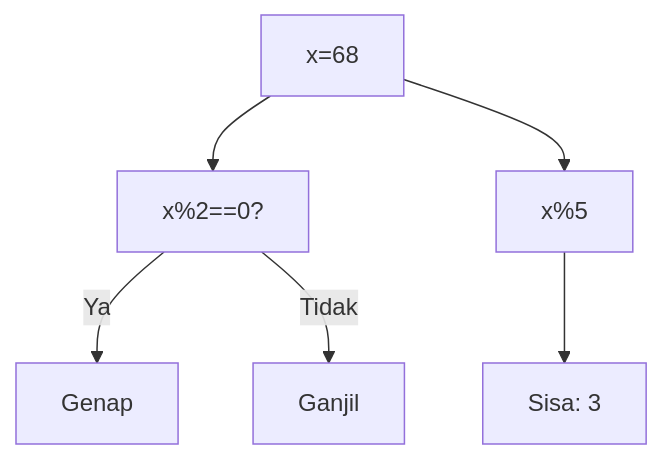
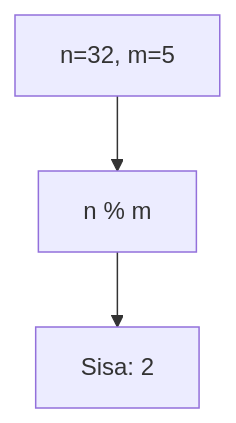
One commit to amnahwaida/OSNK_INF_PREP changed diagram 16 of 25 in part-c-pemahaman-cpp/01-tipe-data/latihan/set-01.md. Above: the diagram before and after it, drawn with Mermaid. The commit also changed other lines of this file and 71 other files, not shown here.

````diff
--- a/part-c-pemahaman-cpp/01-tipe-data/latihan/set-01.md
+++ b/part-c-pemahaman-cpp/01-tipe-data/latihan/set-01.md
@@ -555,8 +430,5 @@
 ```mermaid
 graph TD
-A["x=68"] --> B["x%2==0?"]
-B -- Ya --> C["Genap"]
-B -- Tidak --> D["Ganjil"]
-A --> E["x%5"]
-E --> F["Sisa: 3"]
+A["n=32, m=5"] --> B["n % m"]
+B --> C["Sisa: 2"]
 ```
````
